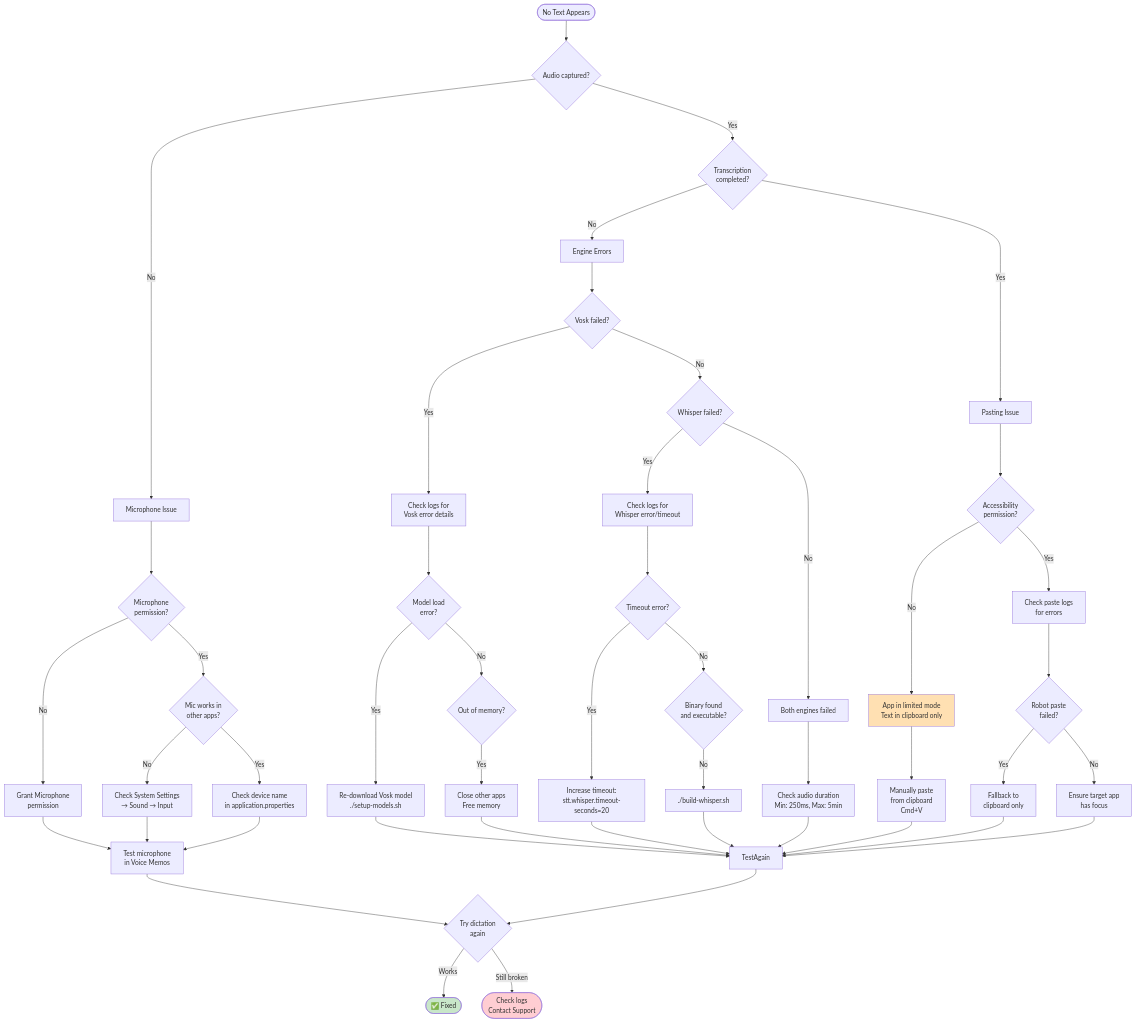
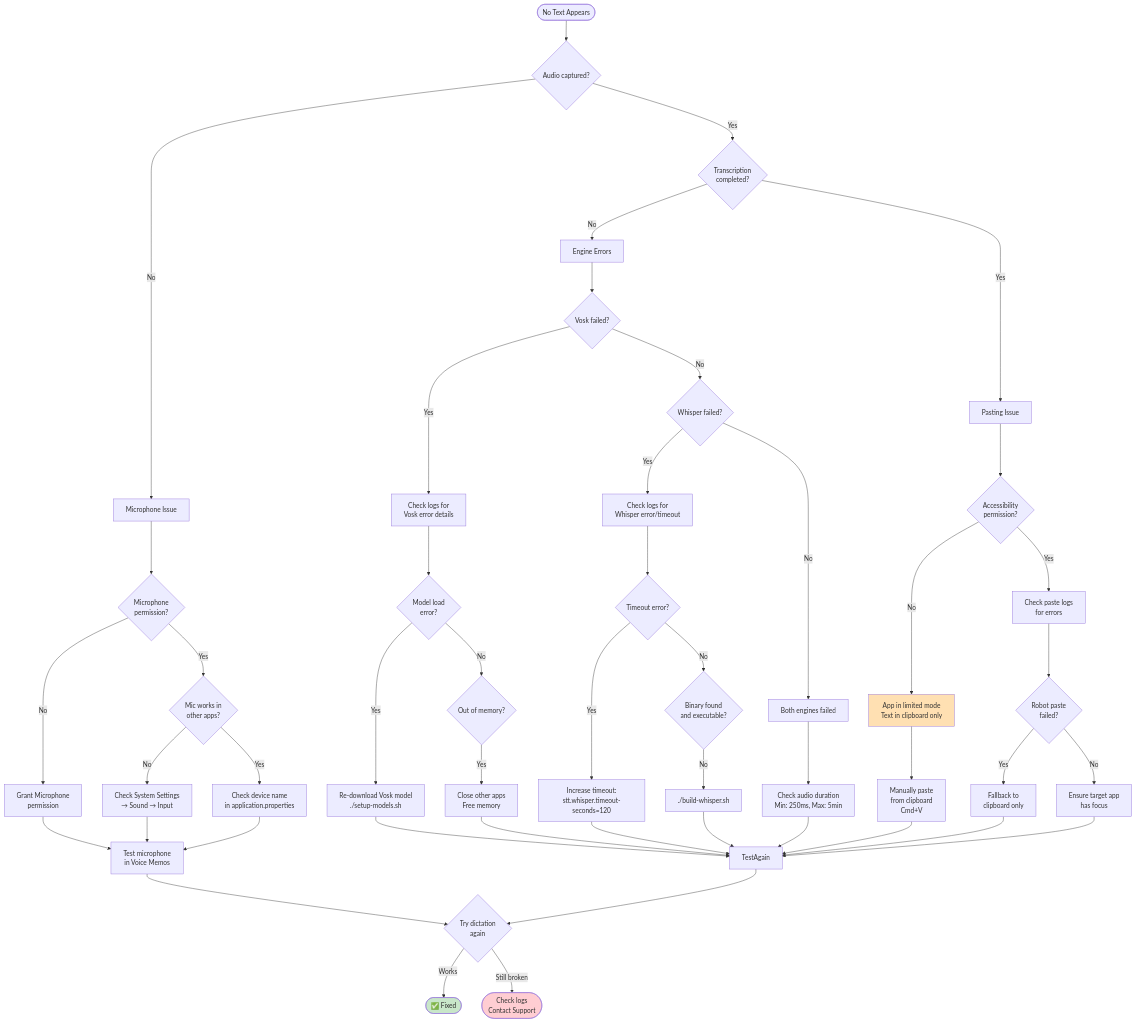
The fourth of 7 diagrams in docs/diagrams/troubleshooting-guide.md (phillippitts/speakToMack), drawn with Mermaid before and after one commit. The commit also changed other lines of this file and 499 other files, not shown here.

````diff
--- a/docs/diagrams/troubleshooting-guide.md
+++ b/docs/diagrams/troubleshooting-guide.md
@@ -136,65 +131,65 @@
 ```mermaid
 flowchart TD
     Start([No Text Appears]) --> Audio{Audio captured?}
 
     Audio -->|No| Mic[Microphone Issue]
     Audio -->|Yes| Trans{Transcription<br/>completed?}
 
     Mic --> MicPerm{Microphone<br/>permission?}
     MicPerm -->|No| GrantMic[Grant Microphone<br/>permission]
     MicPerm -->|Yes| MicWork{Mic works in<br/>other apps?}
     MicWork -->|No| SysMic[Check System Settings<br/>→ Sound → Input]
     MicWork -->|Yes| DeviceName[Check device name<br/>in application.properties]
 
     Trans -->|No| EngineErr[Engine Errors]
     Trans -->|Yes| Paste[Pasting Issue]
 
     EngineErr --> VoskErr{Vosk failed?}
     VoskErr -->|Yes| VoskLog[Check logs for<br/>Vosk error details]
     VoskErr -->|No| WhisperErr{Whisper failed?}
     WhisperErr -->|Yes| WhisperLog[Check logs for<br/>Whisper error/timeout]
     WhisperErr -->|No| BothFail[Both engines failed]
 
     VoskLog --> ModelIssue{Model load<br/>error?}
     ModelIssue -->|Yes| RedownloadVosk[Re-download Vosk model<br/>./setup-models.sh]
     ModelIssue -->|No| VoskOOM{Out of memory?}
     VoskOOM -->|Yes| CloseApps[Close other apps<br/>Free memory]
 
     WhisperLog --> Timeout{Timeout error?}
-    Timeout -->|Yes| IncTimeout[Increase timeout:<br/>stt.whisper.timeout-seconds=20]
+    Timeout -->|Yes| IncTimeout[Increase timeout:<br/>stt.whisper.timeout-seconds=120]
     Timeout -->|No| WhisperBin{Binary found<br/>and executable?}
     WhisperBin -->|No| RebuildWhisper[./build-whisper.sh]
 
     BothFail --> CheckAudioDur[Check audio duration<br/>Min: 250ms, Max: 5min]
 
     Paste --> AccPerm{Accessibility<br/>permission?}
     AccPerm -->|No| Limited[App in limited mode<br/>Text in clipboard only]
     AccPerm -->|Yes| PasteLog[Check paste logs<br/>for errors]
 
     Limited --> Manual[Manually paste<br/>from clipboard<br/>Cmd+V]
     PasteLog --> RobotFail{Robot paste<br/>failed?}
     RobotFail -->|Yes| ClipOnly[Fallback to<br/>clipboard only]
     RobotFail -->|No| AppFocus[Ensure target app<br/>has focus]
 
     GrantMic --> TestMic[Test microphone<br/>in Voice Memos]
     SysMic --> TestMic
     DeviceName --> TestMic
     RedownloadVosk --> TestAgain
     CloseApps --> TestAgain
     IncTimeout --> TestAgain
     RebuildWhisper --> TestAgain
     CheckAudioDur --> TestAgain
     Manual --> TestAgain
     ClipOnly --> TestAgain
     AppFocus --> TestAgain
 
     TestMic --> Retry{Try dictation<br/>again}
     TestAgain --> Retry
 
     Retry -->|Works| Fixed([✅ Fixed])
     Retry -->|Still broken| Support([Check logs<br/>Contact Support])
 
     style Fixed fill:#c8e6c9
     style Support fill:#ffcdd2
     style Limited fill:#ffe0b2
 ```
````
